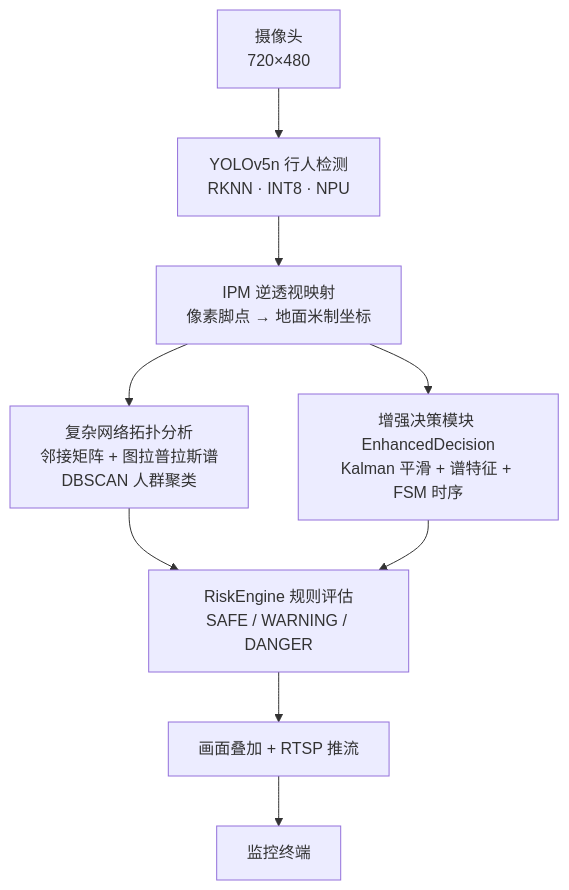
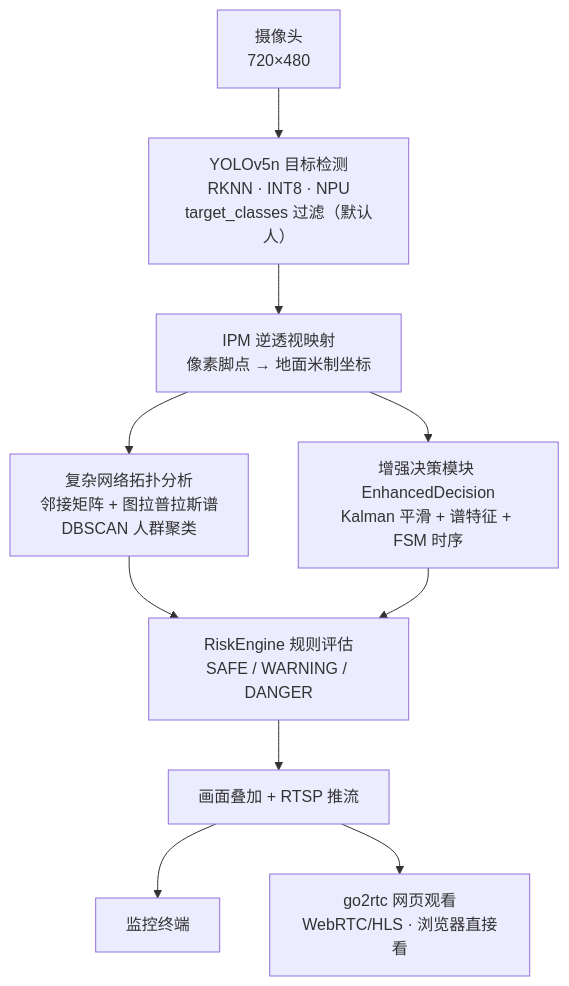
The diagram in README.md (Liao0429/pedestrian-risk-decision), drawn with Mermaid before and after one commit. The commit also changed other lines of this file and 5 other files, not shown here.

Commit message:
docs(P0答辩就绪): 开发板一键启动脚本start_demo.sh（现场拉起RTSP+网页观看+打印IP）；README/架构图补网页观看与多目标切换特性；WIFI_SETUP标注实测状态；建立看板KANBAN与开发日志

````diff
--- a/README.md
+++ b/README.md
@@ -20,11 +22,12 @@
 ```mermaid
 graph TD
-    A[摄像头<br/>720×480] --> B["YOLOv5n 行人检测<br/>RKNN · INT8 · NPU"]
+    A[摄像头<br/>720×480] --> B["YOLOv5n 目标检测<br/>RKNN · INT8 · NPU<br/>target_classes 过滤（默认人）"]
     B --> C["IPM 逆透视映射<br/>像素脚点 → 地面米制坐标"]
     C --> D["复杂网络拓扑分析<br/>邻接矩阵 + 图拉普拉斯谱<br/>DBSCAN 人群聚类"]
     C --> E["增强决策模块 EnhancedDecision<br/>Kalman 平滑 + 谱特征 + FSM 时序"]
     D --> F["RiskEngine 规则评估<br/>SAFE / WARNING / DANGER"]
     E --> F
     F --> G["画面叠加 + RTSP 推流"]
     G --> H[监控终端]
+    G --> I["go2rtc 网页观看<br/>WebRTC/HLS · 浏览器直接看"]
 ```
````
